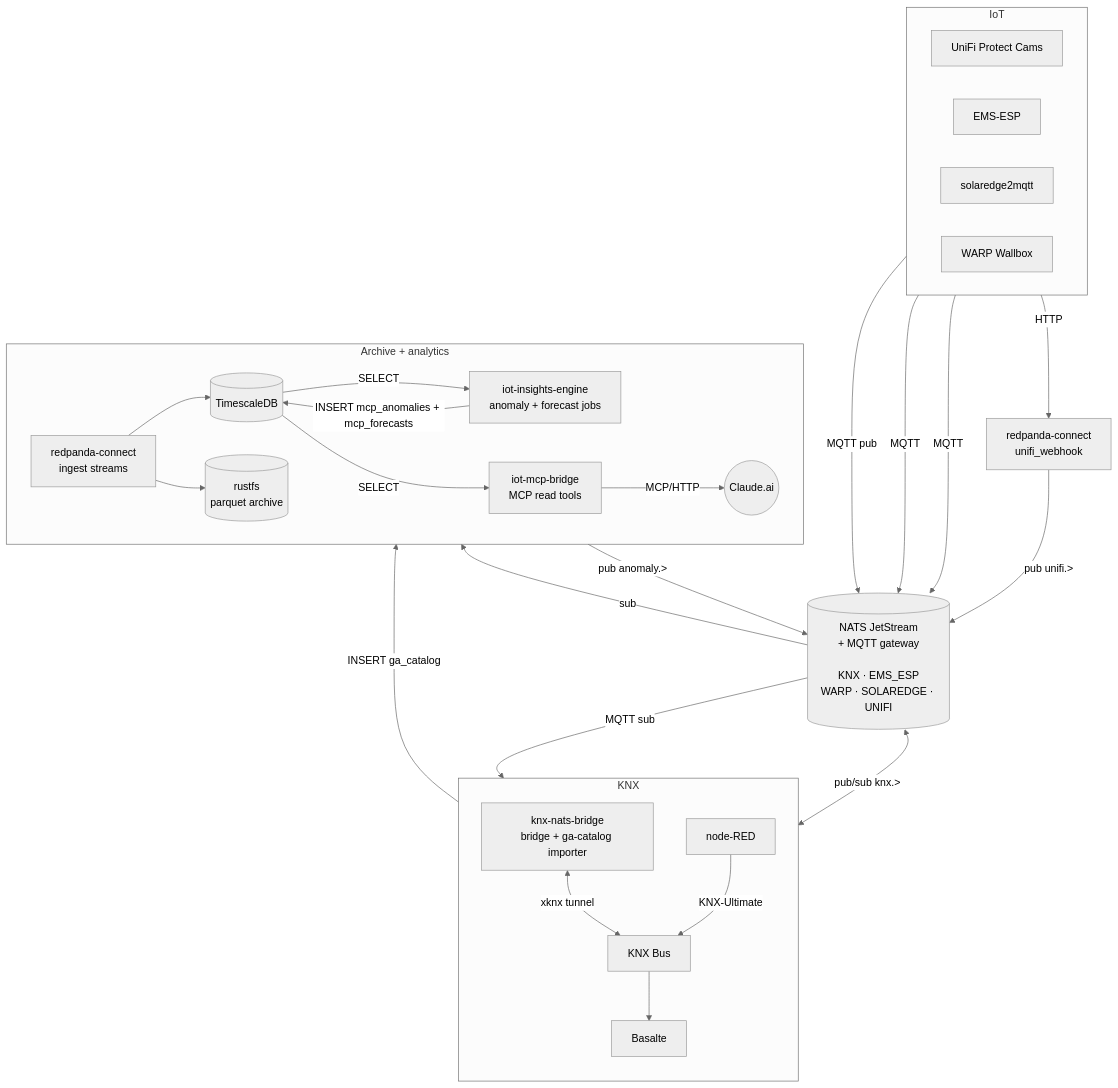
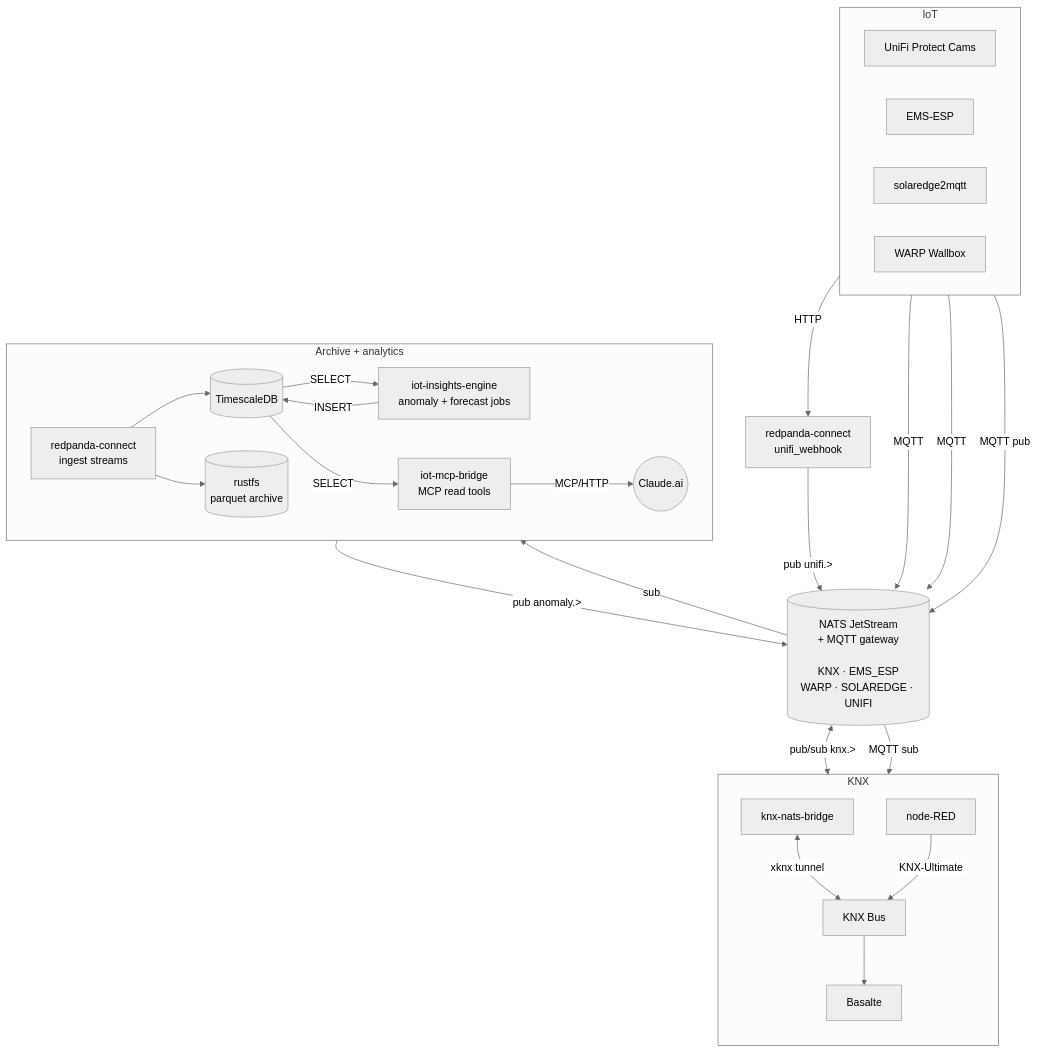
Before and after one commit to alexander-zimmermann/lares: the second of 2 diagrams in README.md, drawn with Mermaid (neutral theme).

Commit message:
docs(readme): shorten diagram labels
- engine→tsdb arrow: `INSERT` (was `INSERT mcp_anomalies + mcp_forecasts`)
- knx-nats-bridge label: back to plain `knx-nats-bridge` (the ga-catalog
  importer is a one-shot PostSync, doesn't belong in a steady-state flow)
- drop the bridge→tsdb arrow for the same reason

````diff
--- a/README.md
+++ b/README.md
@@ -134,54 +134,53 @@
 ```mermaid
 flowchart TB
     subgraph IOT[IoT]
         direction LR
         cam[UniFi Protect Cams]
         ems[EMS-ESP]
         pv[solaredge2mqtt]
         warp[WARP Wallbox]
     end
 
     webhook[redpanda-connect<br/>unifi_webhook]
     cam -- HTTP --> webhook
 
     nats[(NATS JetStream<br/>+ MQTT gateway<br/><br/>KNX · EMS_ESP<br/>WARP · SOLAREDGE · UNIFI)]
 
     webhook -- pub unifi.> --> nats
     ems  -- MQTT --> nats
     pv   -- MQTT --> nats
     warp -- MQTT pub --> nats
 
     subgraph KX[KNX]
         direction TB
-        bridge[knx-nats-bridge<br/>bridge + ga-catalog importer]
+        bridge[knx-nats-bridge]
         nodered[node-RED]
         knx[KNX Bus]
         basalte[Basalte]
         bridge <-- xknx tunnel --> knx
         nodered -- KNX-Ultimate --> knx
         knx --> basalte
     end
 
     nats <-- pub/sub knx.> --> bridge
     nats -- MQTT sub --> nodered
 
     subgraph ARCH[Archive + analytics]
         direction LR
         ingest[redpanda-connect<br/>ingest streams]
         tsdb[(TimescaleDB)]
         rustfs[(rustfs<br/>parquet archive)]
         engine[iot-insights-engine<br/>anomaly + forecast jobs]
         mcp[iot-mcp-bridge<br/>MCP read tools]
         claude((Claude.ai))
         ingest --> tsdb
         ingest --> rustfs
         tsdb -- SELECT --> engine
-        engine -- INSERT mcp_anomalies + mcp_forecasts --> tsdb
+        engine -- INSERT --> tsdb
         tsdb -- SELECT --> mcp
         mcp -- MCP/HTTP --> claude
     end
 
-    bridge -- INSERT ga_catalog --> tsdb
     nats -- sub --> ingest
     engine -- pub anomaly.> --> nats
 ```
````
